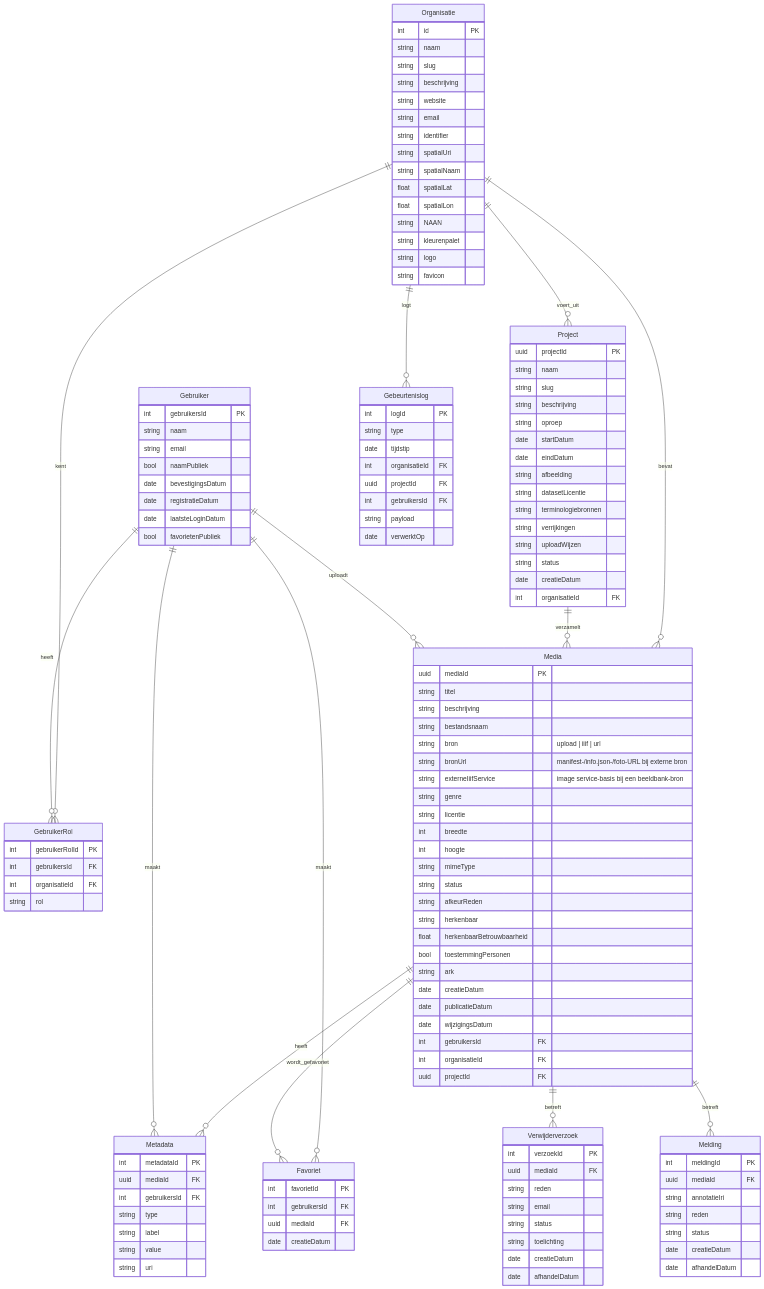
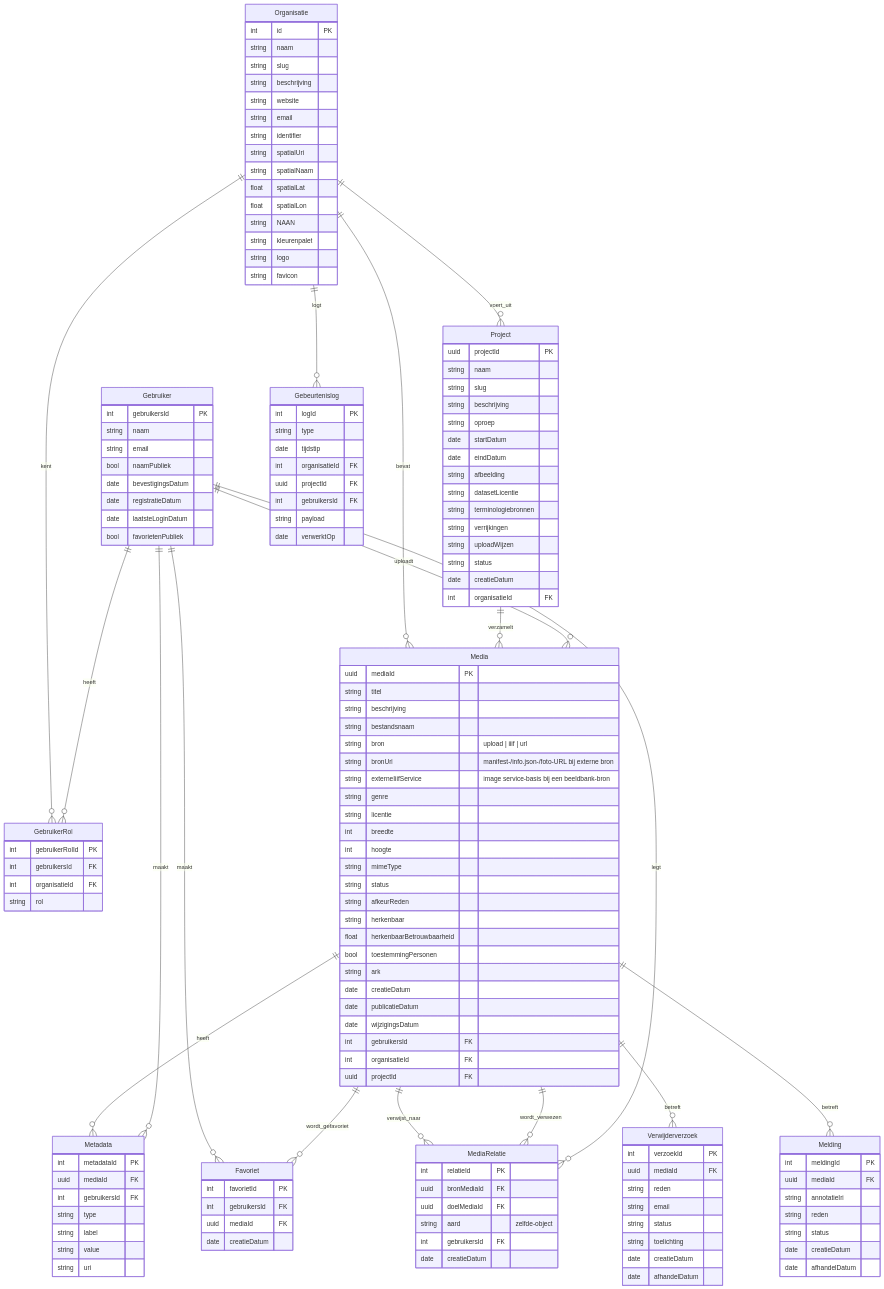
One commit to inside-out-time-machines/design changed the diagram in data-architectuur/erd.mermaid.md. Above: the diagram before and after it, drawn with Mermaid. The commit also changed 4 other files, not shown here.

First line of the commit message:
Verrijking: zelfde object, andere foto

```diff
--- a/data-architectuur/erd.mermaid.md
+++ b/data-architectuur/erd.mermaid.md
@@ -101,6 +101,15 @@
     date creatieDatum
   }
 
+  MediaRelatie {
+    int relatieId PK
+    uuid bronMediaId FK
+    uuid doelMediaId FK
+    string aard "zelfde-object"
+    int gebruikersId FK
+    date creatieDatum
+  }
+
   Verwijderverzoek {
     int verzoekId PK
     uuid mediaId FK
@@ -164,6 +173,11 @@
   %% getoond wordt.
   %% Organisatie.NAAN en Media.ark zijn gereserveerd voor de ARK-fase (uitgesteld,
   %% zie keuze-oplossingsrichting).
+  %% MediaRelatie koppelt twee jottems binnen hetzelfde project ("zelfde object, andere
+  %% foto", zie het verrijkingenhoofdstuk). Eén rij per koppeling; beide richtingen worden
+  %% bij het lezen samengevoegd, zodat de relatie bij allebei de jottems zichtbaar is. De
+  %% linking-annotatie en dcterms:relation in de RDF zijn hiervan afgeleid (V-9).
+
   %% Locatie- en tijdlijngegevens (adres, openings-/sluitingsjaar, geo-WKT, archiefbron)
   %% worden vastgelegd als Metadata-rijen op Media; er is geen apart locatiemodel.
   %% De coordinaten komen van de speld die de uploader op de kaart prikt (lat/lon als
@@ -190,6 +204,10 @@
   Gebruiker ||--o{ Favoriet : "maakt"
   Media ||--o{ Favoriet : "wordt_gefavoriet"
 
+  Media ||--o{ MediaRelatie : "verwijst_naar"
+  Media ||--o{ MediaRelatie : "wordt_verwezen"
+  Gebruiker ||--o{ MediaRelatie : "legt"
+
   Media ||--o{ Verwijderverzoek : "betreft"
   Media ||--o{ Melding : "betreft"
   Organisatie ||--o{ Gebeurtenislog : "logt"
```
